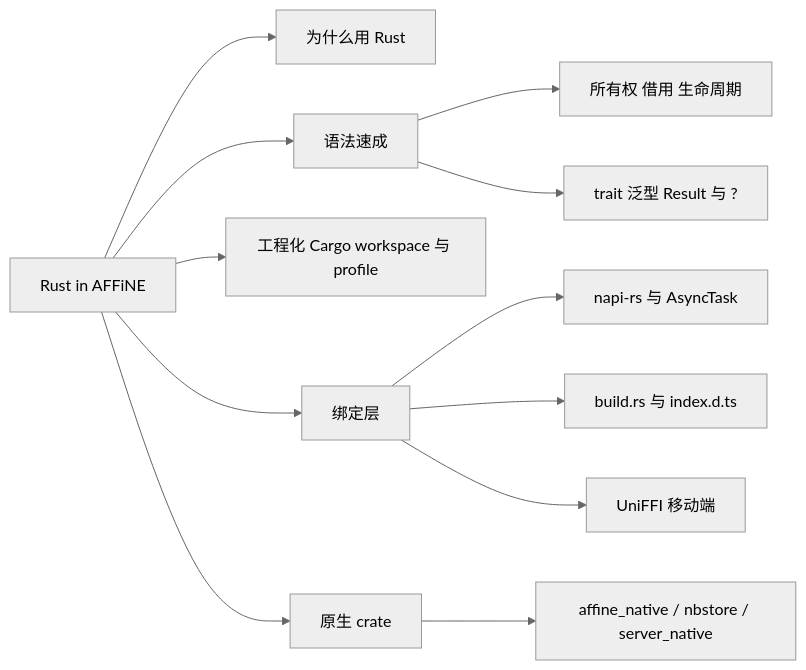
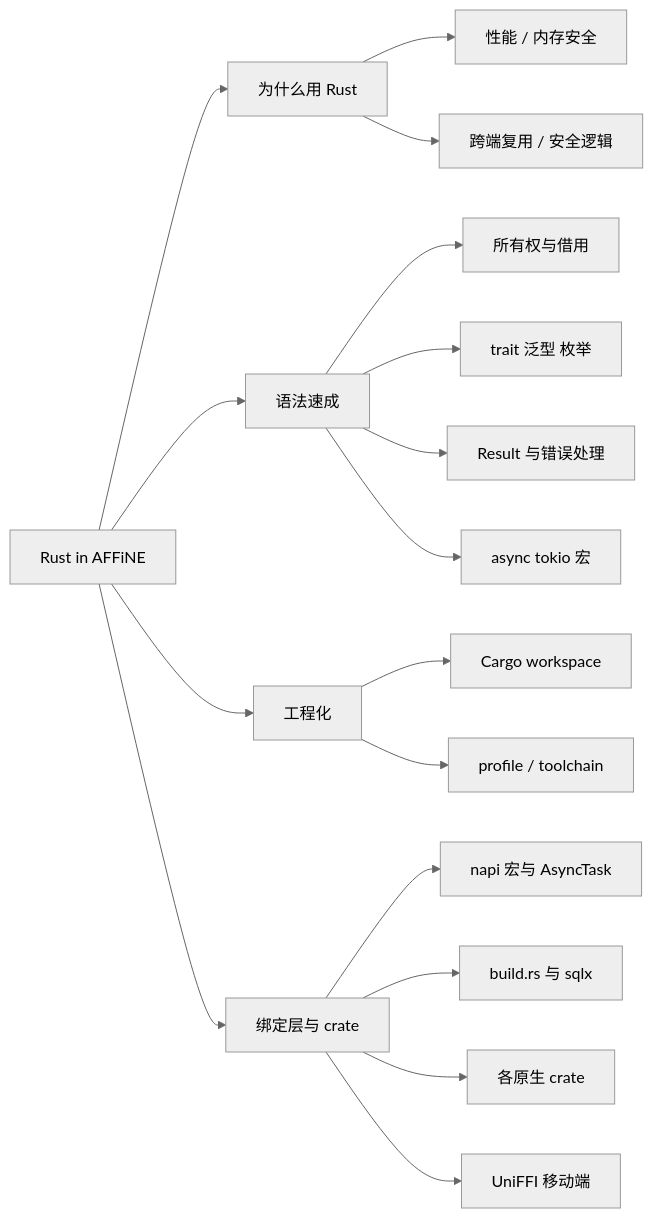
Before and after one commit to lfire/AFFiNE: the first of 5 diagrams in learning-guide/slides/decks/07.md, drawn with Mermaid (neutral theme). The commit also changed other lines of this file and 46 other files, not shown here.

````diff
--- a/learning-guide/slides/decks/07.md
+++ b/learning-guide/slides/decks/07.md
@@ -40,14 +29,19 @@
 ```mermaid
 flowchart LR
-  Root[Rust in AFFiNE] --> Why[为什么用 Rust]
-  Root --> Syn[语法速成]
-  Root --> Eng["工程化 Cargo workspace 与 profile"]
-  Root --> Bind[绑定层]
-  Root --> Crates[原生 crate]
-  Syn --> S1[所有权 借用 生命周期]
-  Syn --> S2["trait 泛型 Result 与 ?"]
-  Bind --> B1["napi-rs 与 AsyncTask"]
-  Bind --> B2["build.rs 与 index.d.ts"]
-  Bind --> B3[UniFFI 移动端]
-  Crates --> C1["affine_native / nbstore / server_native"]
+  ROOT["Rust in AFFiNE"] --> W["为什么用 Rust"]
+  ROOT --> G["语法速成"]
+  ROOT --> E["工程化"]
+  ROOT --> B["绑定层与 crate"]
+  W --> W1["性能 / 内存安全"]
+  W --> W2["跨端复用 / 安全逻辑"]
+  G --> G1["所有权与借用"]
+  G --> G2["trait 泛型 枚举"]
+  G --> G3["Result 与错误处理"]
+  G --> G4["async tokio 宏"]
+  E --> E1["Cargo workspace"]
+  E --> E2["profile / toolchain"]
+  B --> B1["napi 宏与 AsyncTask"]
+  B --> B2["build.rs 与 sqlx"]
+  B --> B3["各原生 crate"]
+  B --> B4["UniFFI 移动端"]
 ```
````
